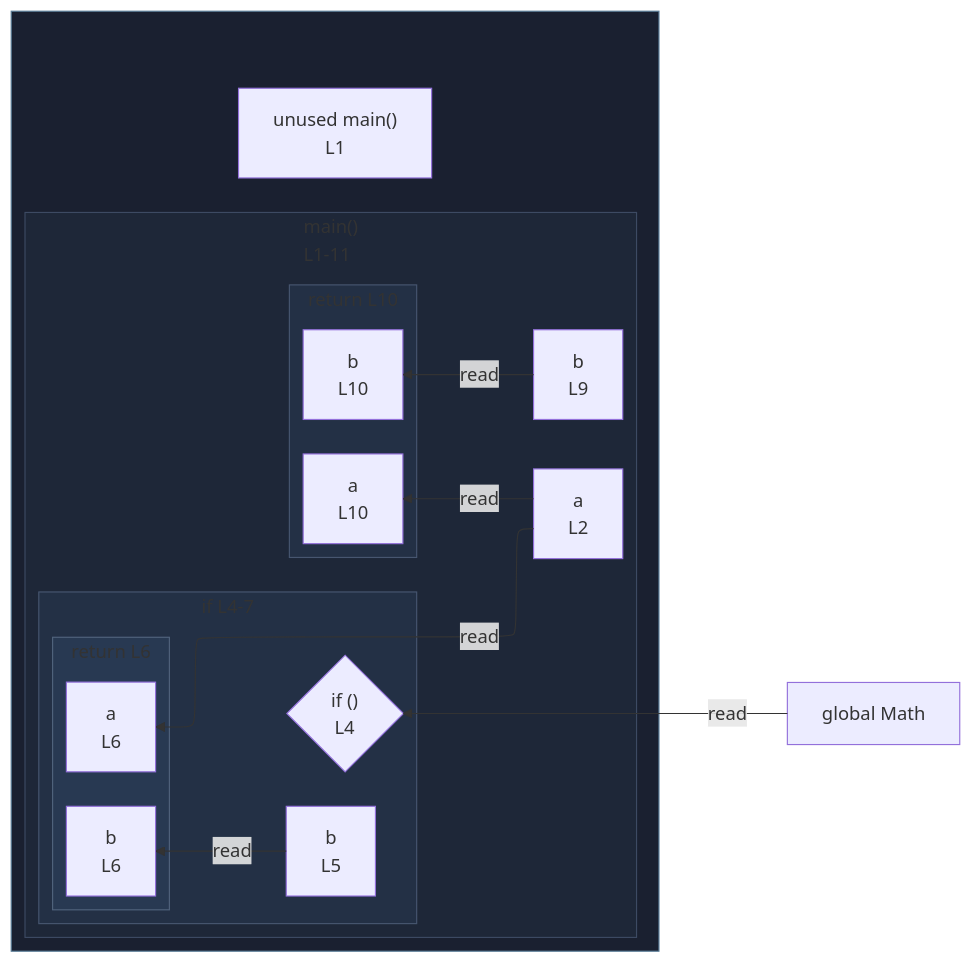
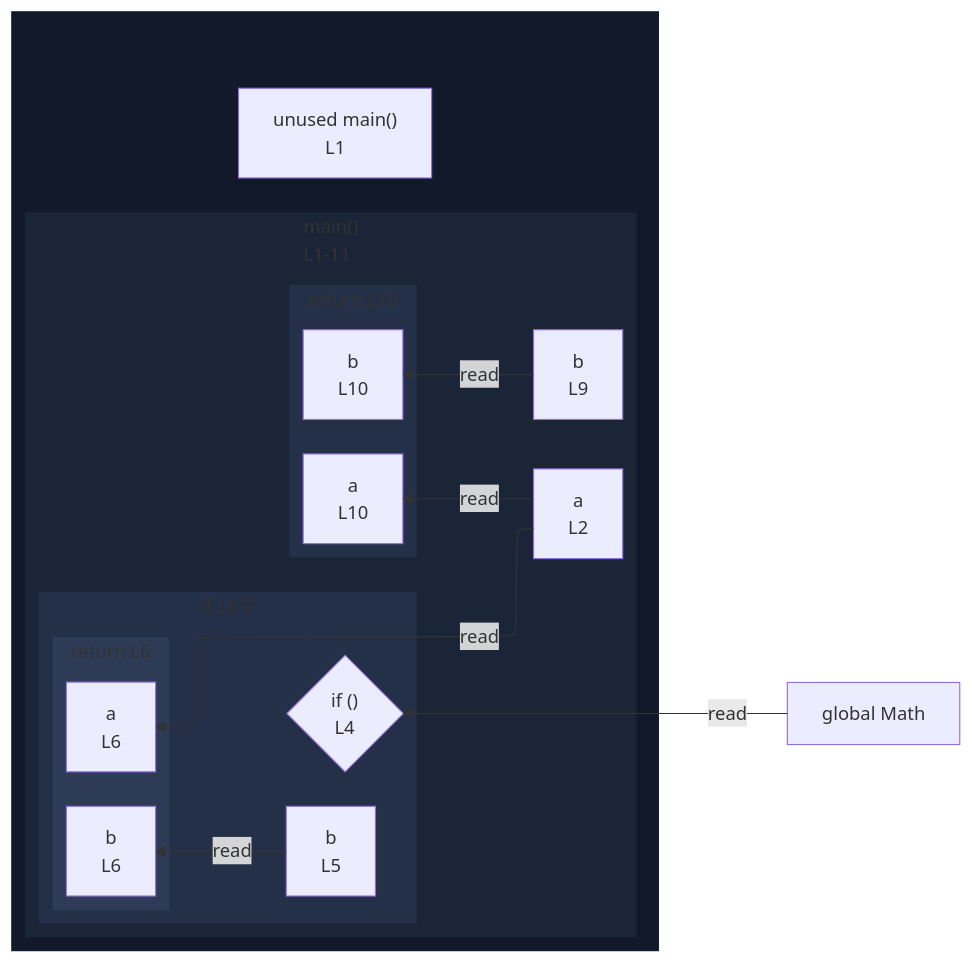
The diagram in integration/fixtures/function/declaration/nested-return/preview.md (crescware/unsnarl), drawn with Mermaid before and after one commit. The commit also changed 263 other files, not shown here.

First line of the commit message:
Drop fnWrap class and color function wrappers via the nest palette

````diff
--- a/integration/fixtures/function/declaration/nested-return/preview.md
+++ b/integration/fixtures/function/declaration/nested-return/preview.md
@@ -21,43 +21,43 @@
 ```mermaid
 %%{init: {"flowchart": {"defaultRenderer": "elk"}}}%%
 flowchart RL
   n_scope_0_Math_42["global Math"]
   subgraph wrap_s_scope_1[" "]
     direction TB
     n_scope_0_main_9["unused main()<br/>L1"]
     subgraph s_scope_1["main()<br/>L1-11"]
       direction RL
       n_scope_1_a_26["a<br/>L2"]
       n_scope_1_b_119["b<br/>L9"]
       subgraph s_scope_2["if L4-7"]
         direction RL
         if_test_scope_1_38{"if ()<br/>L4"}
         n_scope_2_b_75["b<br/>L5"]
         subgraph s_return_scope_0_main_9_89_105["return L6"]
           direction RL
           ret_use_ref_3["a<br/>L6"]
           ret_use_ref_4["b<br/>L6"]
         end
       end
       subgraph s_return_scope_0_main_9_131_147["return L10"]
         direction RL
         ret_use_ref_6["a<br/>L10"]
         ret_use_ref_7["b<br/>L10"]
       end
     end
   end
   n_scope_0_Math_42 -->|read| if_test_scope_1_38
   n_scope_1_a_26 -->|read| ret_use_ref_3
   n_scope_2_b_75 -->|read| ret_use_ref_4
   n_scope_1_a_26 -->|read| ret_use_ref_6
   n_scope_1_b_119 -->|read| ret_use_ref_7
-  classDef fnWrap fill:#1a2030,stroke:#5a7d99;
-  class wrap_s_scope_1 fnWrap;
-  classDef nestL1 fill:#1e2738,stroke:#3d4a63;
-  class s_scope_1 nestL1;
-  classDef nestL2 fill:#233045,stroke:#475670;
-  class s_scope_2 nestL2;
-  class s_return_scope_0_main_9_131_147 nestL2;
-  classDef nestL3 fill:#283952,stroke:#51637d;
-  class s_return_scope_0_main_9_89_105 nestL3;
+  classDef nestL1 fill:#11192a,stroke:transparent;
+  class wrap_s_scope_1 nestL1;
+  classDef nestL2 fill:#1a2538,stroke:transparent;
+  class s_scope_1 nestL2;
+  classDef nestL3 fill:#243047,stroke:transparent;
+  class s_scope_2 nestL3;
+  class s_return_scope_0_main_9_131_147 nestL3;
+  classDef nestL4 fill:#2d3b57,stroke:transparent;
+  class s_return_scope_0_main_9_89_105 nestL4;
 ```
````
